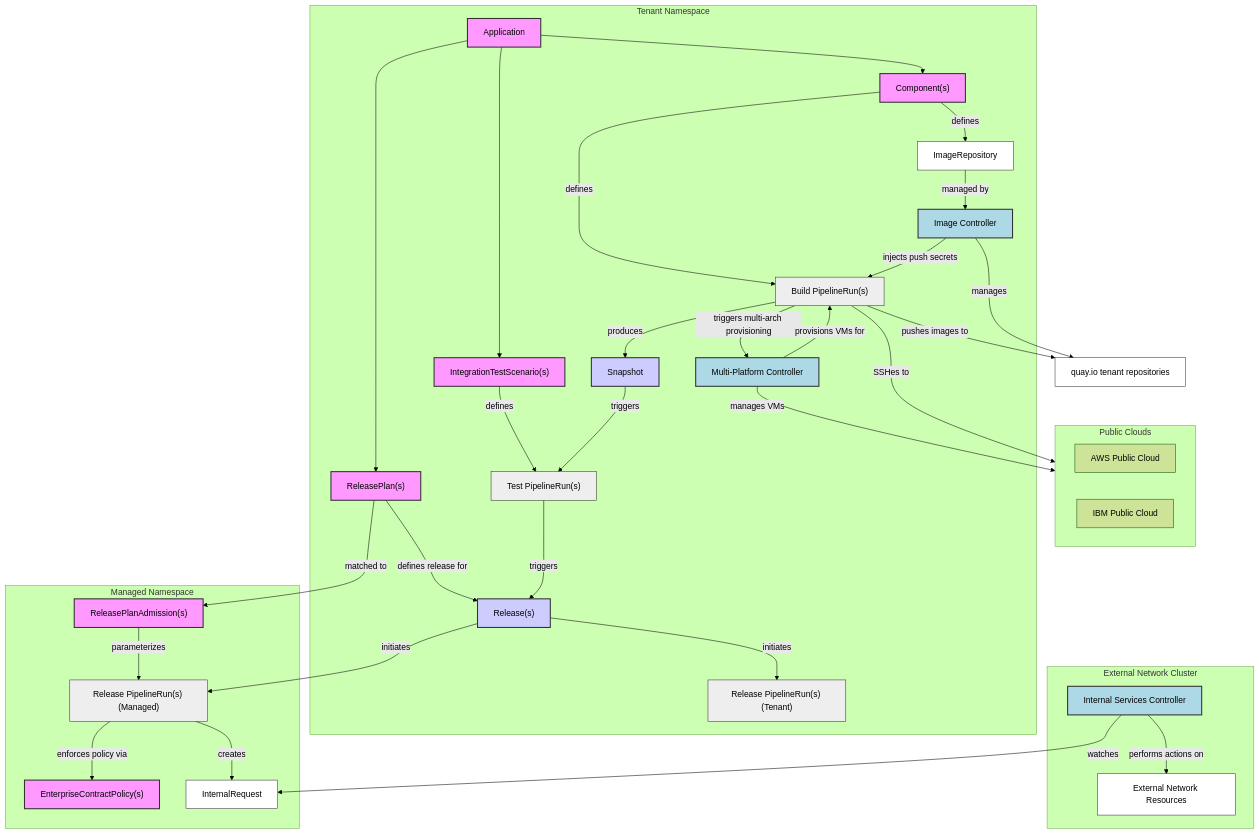
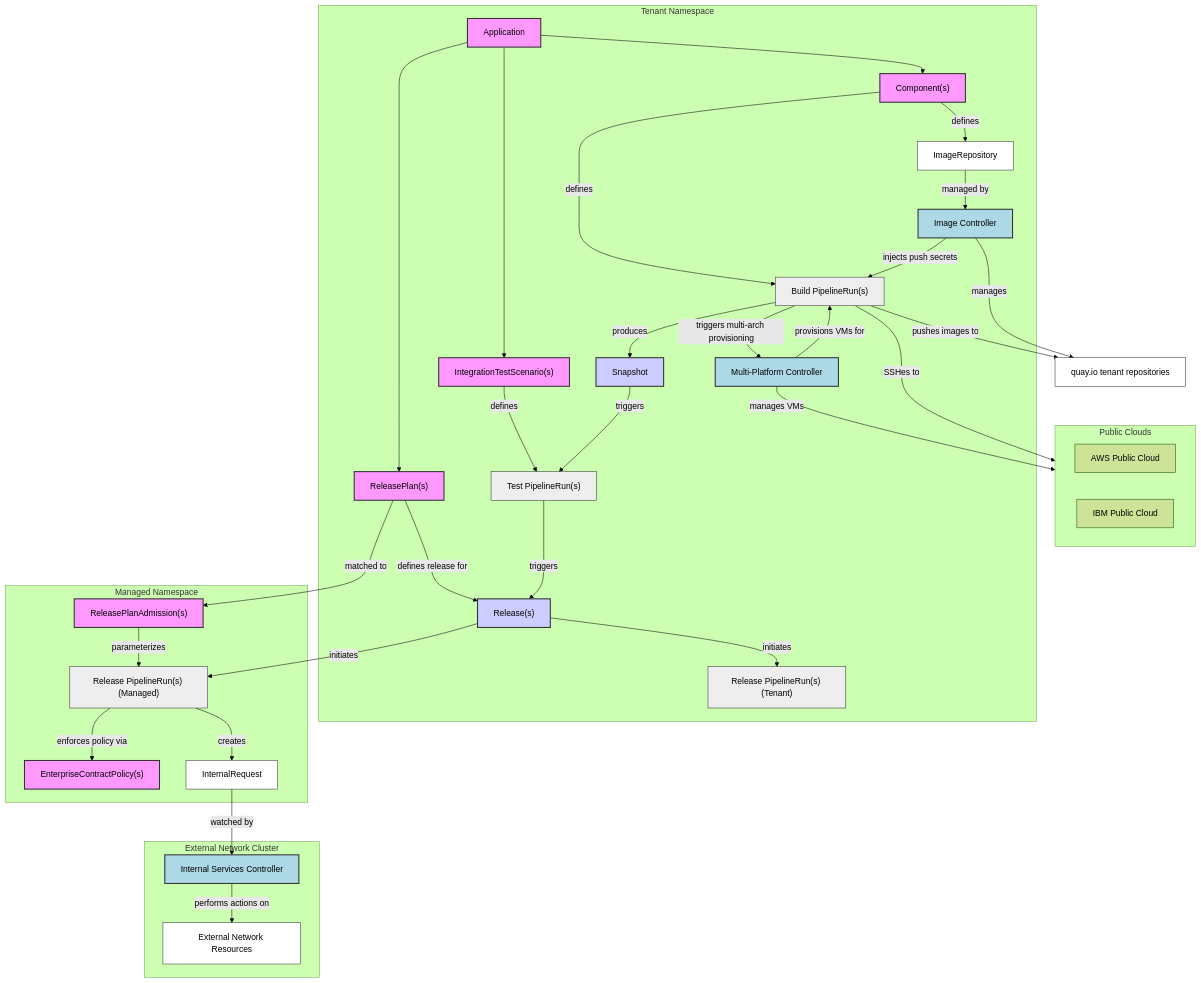
The first of 2 diagrams in architecture/add-ons/index.md (konflux-ci/architecture), drawn with Mermaid (forest theme) before and after one commit.

Commit message:
Flip relationship

````diff
--- a/architecture/add-ons/index.md
+++ b/architecture/add-ons/index.md
@@ -7,78 +7,78 @@
 ```mermaid
 graph TD
     QIO["quay.io tenant repositories"]
     subgraph clouds[Public Clouds]
         AWS["AWS Public Cloud"]
         IBM["IBM Public Cloud"]
     end
     BPR -- pushes images to --> QIO
     IC -- manages --> QIO
     MPC -- manages VMs --> clouds
     BPR -- SSHes to --> clouds
 
     subgraph tenant[Tenant Namespace]
         App[Application] --> Comp["Component(s)"]
         App --> ITS["IntegrationTestScenario(s)"]
         App --> RP["ReleasePlan(s)"]
 
         Comp -- defines --> BPR["Build PipelineRun(s)"]
         BPR -- produces --> Snap["Snapshot"]
         ITS -- defines --> TPR["Test PipelineRun(s)"]
         Snap -- triggers --> TPR
         RP -- defines release for --> Release["Release(s)"]
         TPR -- triggers --> Release
 
         Release -- initiates --> PR["Release PipelineRun(s) (Tenant)"]
         Comp -- defines --> IR["ImageRepository"]
         IR -- managed by --> IC["Image Controller"]
         IC -- injects push secrets --> BPR
         BPR -- triggers multi-arch provisioning --> MPC["Multi-Platform Controller"]
         MPC -- provisions VMs for --> BPR
     end
 
     subgraph managed[Managed Namespace]
         RPA["ReleasePlanAdmission(s)"]
         ECP["EnterpriseContractPolicy(s)"]
 
         Release -- initiates --> PRM["Release PipelineRun(s) (Managed)"]
         RP -- matched to --> RPA
         RPA -- parameterizes --> PRM
         PRM -- enforces policy via --> ECP
         PRM -- creates --> IRR["InternalRequest"]
     end
 
     subgraph external[External Network Cluster]
         ISC["Internal Services Controller"]
-        ISC -- watches --> IRR
+        IRR -- watched by --> ISC
         ISC -- performs actions on --> EXT["External Network Resources"]
     end
 
     style App fill:#f9f,stroke:#333,stroke-width:2px
     style Comp fill:#f9f,stroke:#333,stroke-width:2px
     style Snap fill:#ccf,stroke:#333,stroke-width:2px
     style ITS fill:#f9f,stroke:#333,stroke-width:2px
     style RP fill:#f9f,stroke:#333,stroke-width:2px
     style Release fill:#ccf,stroke:#333,stroke-width:2px
     style PR fill:#eee,stroke:#333,stroke-width:1px
     style PRM fill:#eee,stroke:#333,stroke-width:1px
     style BPR fill:#eee,stroke:#333,stroke-width:1px
     style TPR fill:#eee,stroke:#333,stroke-width:1px
     style RPA fill:#f9f,stroke:#333,stroke-width:2px
     style ECP fill:#f9f,stroke:#333,stroke-width:2px
     style IC fill:#add8e6,stroke:#333,stroke-width:2px
     style QIO fill:#fff,stroke:#333,stroke-width:1px
     style MPC fill:#add8e6,stroke:#333,stroke-width:2px
     style IR fill:#fff,stroke:#333,stroke-width:1px
     style IRR fill:#fff,stroke:#333,stroke-width:1px
     style ISC fill:#add8e6,stroke:#333,stroke-width:2px
     style EXT fill:#fff,stroke:#333,stroke-width:1px
 
     classDef controlPlane fill:#f9f,stroke:#333,stroke-width:2px;
     class App,Comp,ITS,RP,RPA,ECP,IC,MPC,ISC controlPlane;
 
     classDef dataPlane fill:#ccf,stroke:#333,stroke-width:2px;
     class Snap,Release dataPlane;
 
     classDef tekton fill:#eee,stroke:#333,stroke-width:1px;
     class PR,PRM,BPR,TPR tekton;
 ```
````
